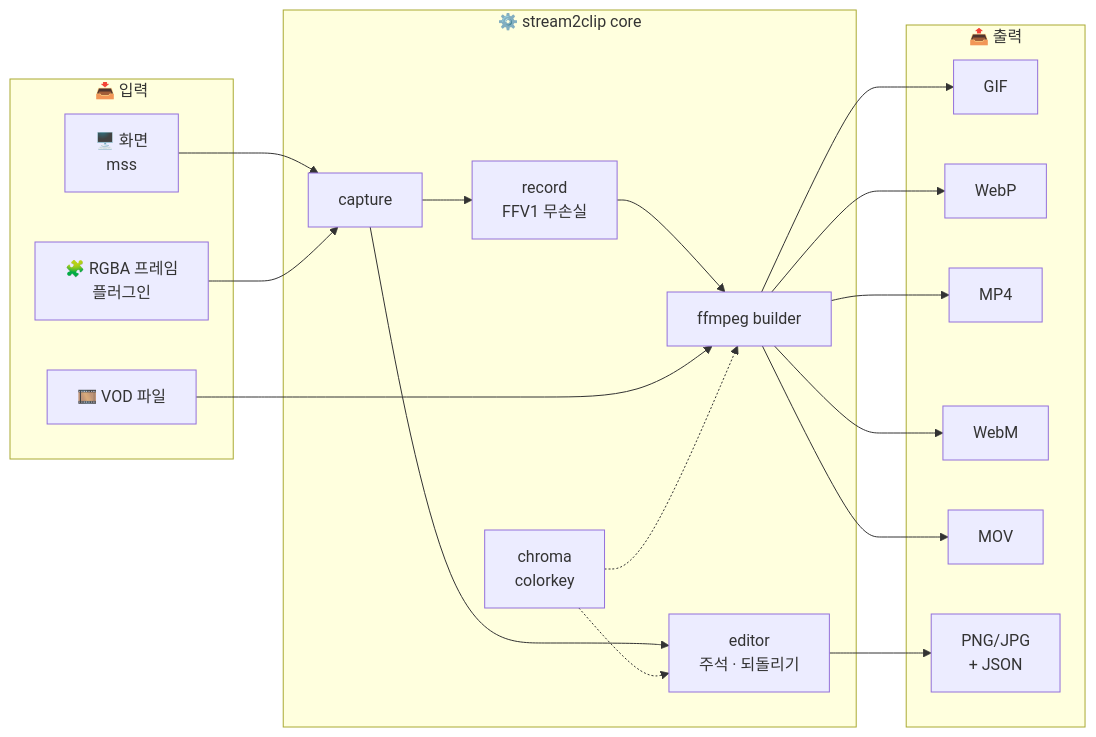
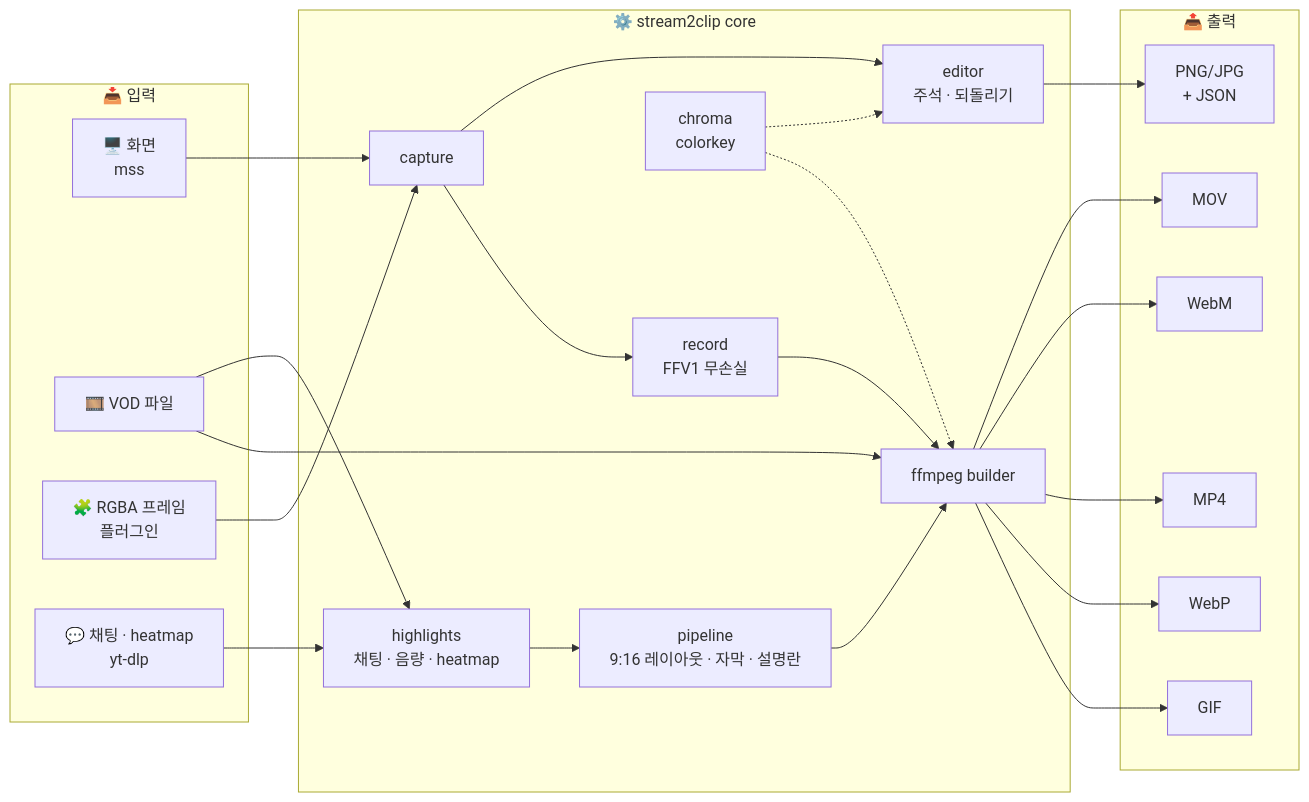
Before and after one commit to BudongJW/stream2clip: the second of 2 diagrams in README.md, drawn with Mermaid. The commit also changed other lines of this file and 4 other files, not shown here.

````diff
--- a/README.md
+++ b/README.md
@@ -333,37 +455,44 @@
 ```mermaid
 flowchart LR
     subgraph IN["📥 입력"]
         S["🖥️ 화면<br/>mss"]
         V["🎞️ VOD 파일"]
         A["🧩 RGBA 프레임<br/>플러그인"]
+        CH["💬 채팅 · heatmap<br/>yt-dlp"]
     end
     subgraph CORE["⚙️ stream2clip core"]
         C["capture"]
         R["record<br/>FFV1 무손실"]
         E["editor<br/>주석 · 되돌리기"]
         K["chroma<br/>colorkey"]
         F["ffmpeg builder"]
+        HL["highlights<br/>채팅 · 음량 · heatmap"]
+        PL["pipeline<br/>9:16 레이아웃 · 자막 · 설명란"]
     end
     subgraph OUT["📤 출력"]
         G["GIF"]
         W["WebP"]
         M["MP4"]
         WM["WebM"]
         MOV["MOV"]
         P["PNG/JPG<br/>+ JSON"]
     end
     S --> C
     A --> C
     C --> R
     C --> E
     R --> F
     V --> F
+    CH --> HL
+    V --> HL
+    HL --> PL
+    PL --> F
     K -.-> F
     K -.-> E
     F --> G
     F --> W
     F --> M
     F --> WM
     F --> MOV
     E --> P
 ```
````
